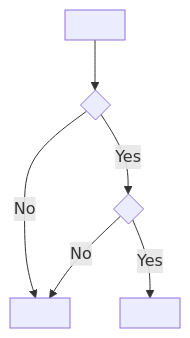
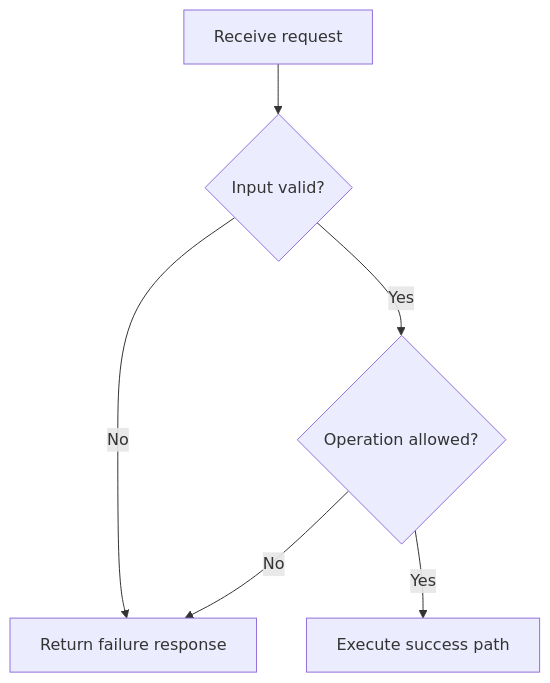
The fifth of 7 diagrams in docs/diagram/0000-diagram-template.md (rizkydwicmt/vibe-ddd-golang), drawn with Mermaid before and after one commit. The commit also changed other lines of this file and 6 other files, not shown here.

Commit message:
fix Mermaid documentation templates

````diff
--- a/docs/diagram/0000-diagram-template.md
+++ b/docs/diagram/0000-diagram-template.md
@@ -92,8 +91,8 @@
 ```mermaid
 flowchart TD
-  A["<receive>"] --> B{"<check 1?>"}
-  B -- "No" --> X["<failure response>"]
-  B -- "Yes" --> C{"<check 2?>"}
+  A["Receive request"] --> B{"Input valid?"}
+  B -- "No" --> X["Return failure response"]
+  B -- "Yes" --> C{"Operation allowed?"}
   C -- "No" --> X
-  C -- "Yes" --> OK["<success path>"]
+  C -- "Yes" --> OK["Execute success path"]
 ```
````
